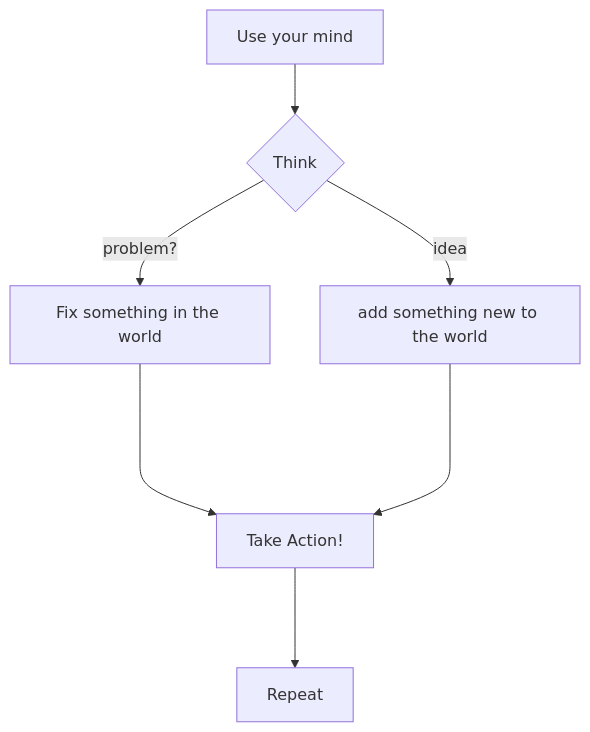
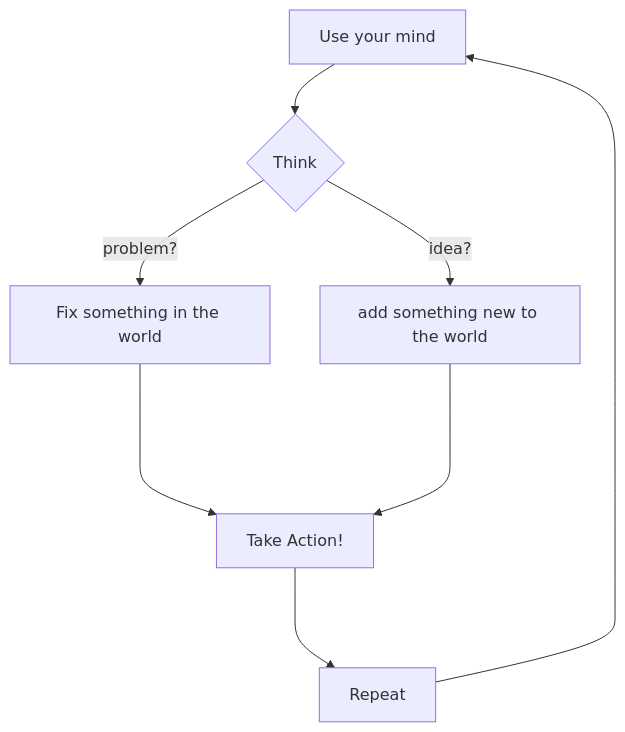
Before and after one commit to Keon-Jukes/Keon-Jukes: the diagram in README.md, drawn with Mermaid.

````diff
--- a/README.md
+++ b/README.md
@@ -43,9 +43,10 @@
 ```mermaid
   graph TD;
       A[Use your mind]--> B{Think};
       B--problem?--> C[Fix something in the world];
-      B--idea --> D[add something new to the world];
+      B--idea? --> D[add something new to the world];
       C----> E[Take Action!];
       D----> E[Take Action!];
       E---> F[Repeat]
+      F----> A
 ```
````
